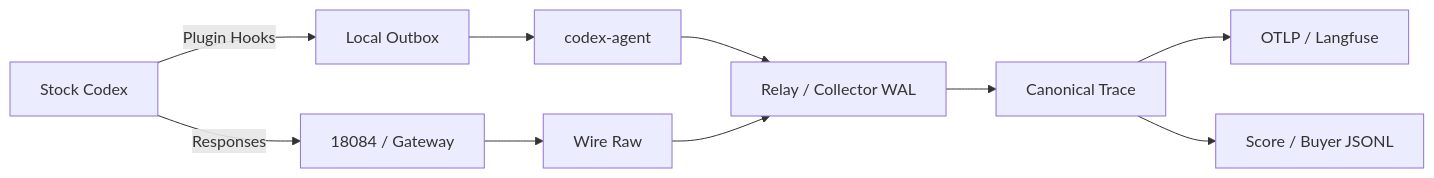
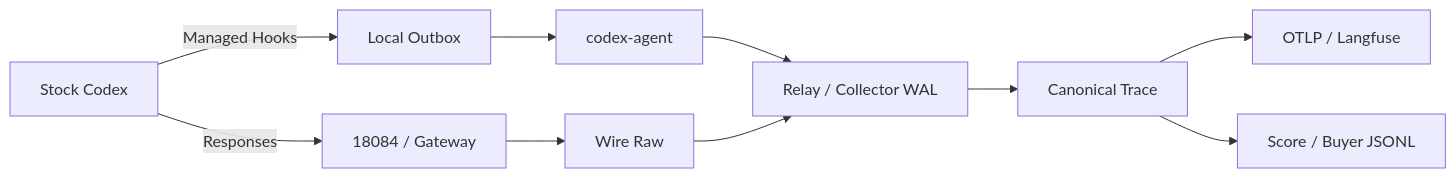
Before and after one commit to XS-MLVP/ChipTrace: the diagram in README.md, drawn with Mermaid. The commit also changed other lines of this file and 19 other files, not shown here.

````diff
--- a/README.md
+++ b/README.md
@@ -21,12 +21,12 @@
 ```mermaid
 flowchart LR
     A[Stock Codex] -->|Responses| B[18084 / Gateway]
-    A -->|Plugin Hooks| C[Local Outbox]
+    A -->|Managed Hooks| C[Local Outbox]
     B --> D[Wire Raw]
     C --> E[codex-agent]
     E --> F[Relay / Collector WAL]
     D --> F
     F --> G[Canonical Trace]
     G --> H[OTLP / Langfuse]
     G --> I[Score / Buyer JSONL]
 ```
````
